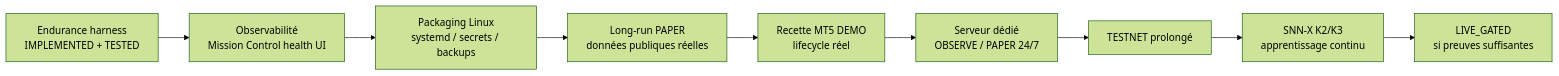
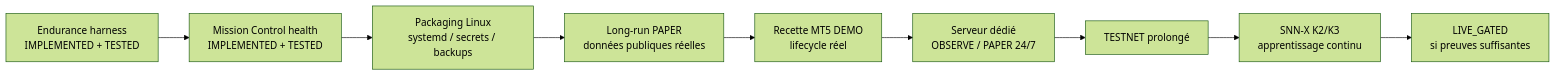
One commit to Monoru1/Alladin changed the third of 3 diagrams in docs/AUTONOMY_PROGRESS.md. Above: the diagram before and after it, drawn with Mermaid (forest theme). The commit also changed other lines of this file, not shown here.

Commit message:
docs: reflect Mission Control health milestone

````diff
--- a/docs/AUTONOMY_PROGRESS.md
+++ b/docs/AUTONOMY_PROGRESS.md
@@ -85,11 +85,11 @@
 ```mermaid
 flowchart LR
-    A["Endurance harness<br/>IMPLEMENTED + TESTED"] --> B["Observabilité<br/>Mission Control health UI"]
+    A["Endurance harness<br/>IMPLEMENTED + TESTED"] --> B["Mission Control health<br/>IMPLEMENTED + TESTED"]
     B --> C["Packaging Linux<br/>systemd / secrets / backups"]
     C --> D["Long-run PAPER<br/>données publiques réelles"]
     D --> E["Recette MT5 DEMO<br/>lifecycle réel"]
     E --> F["Serveur dédié<br/>OBSERVE / PAPER 24/7"]
     F --> G["TESTNET prolongé"]
     G --> H["SNN-X K2/K3<br/>apprentissage continu"]
     H --> I["LIVE_GATED<br/>si preuves suffisantes"]
 ```
````
